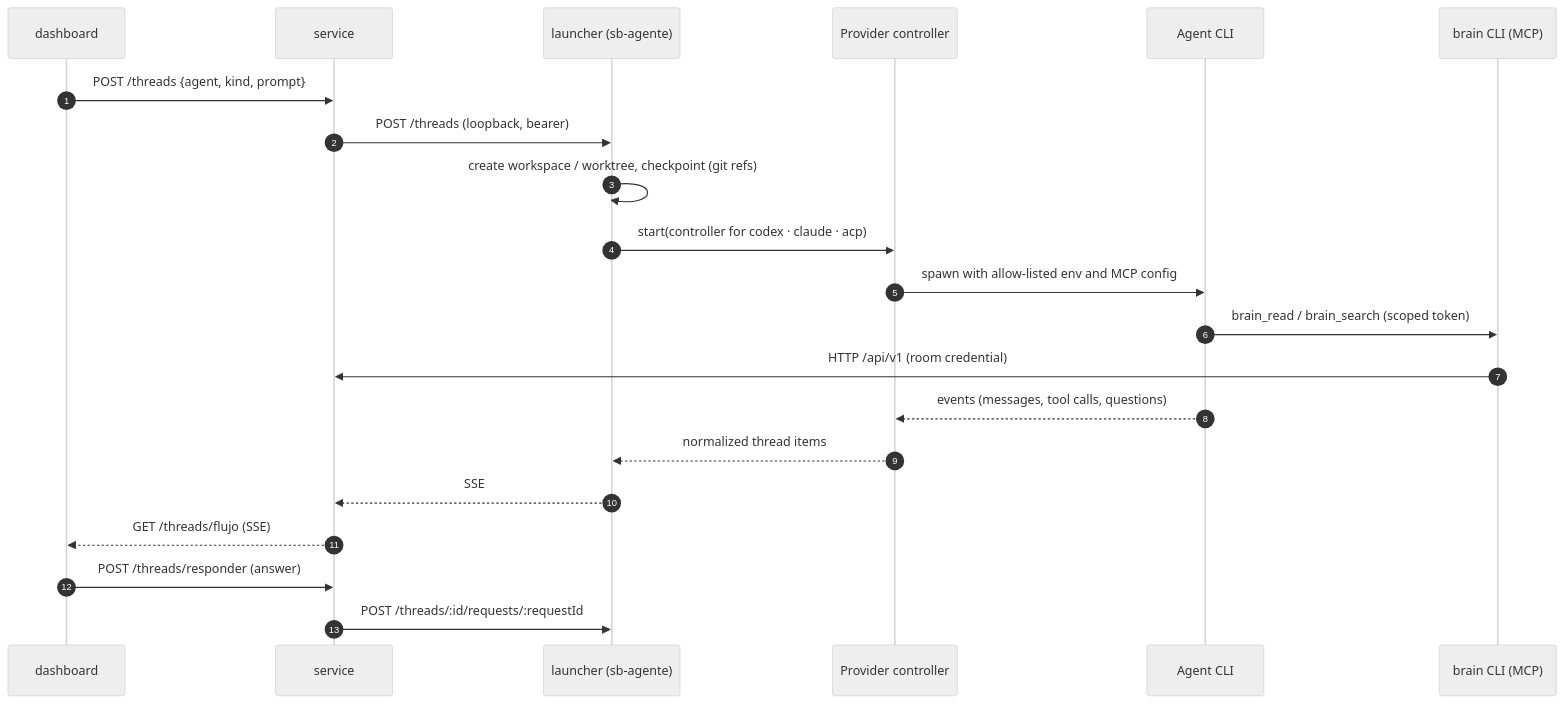
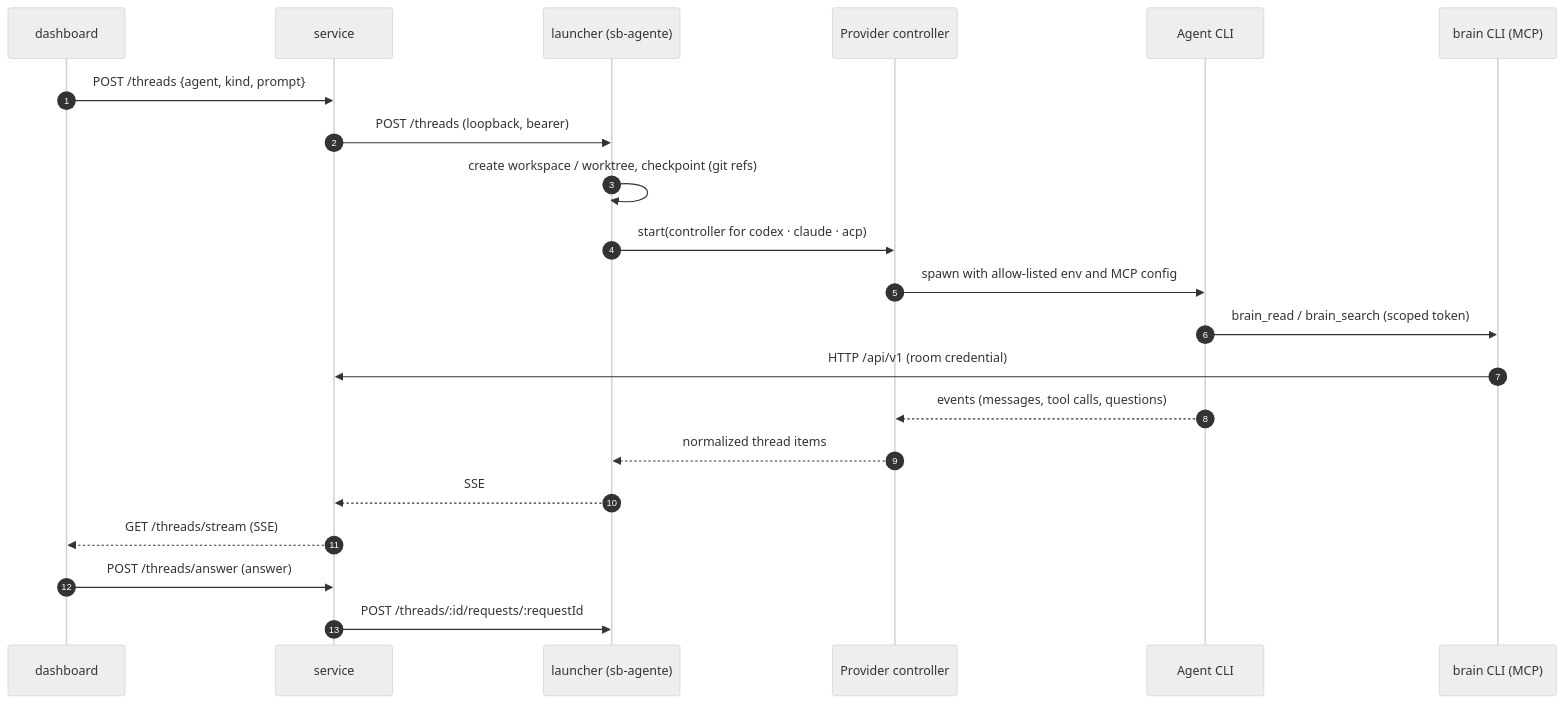
The second of 3 diagrams in docs/architecture/sequences.md (paul-jar4millo/SecondBrain), drawn with Mermaid (neutral theme) before and after one commit. The commit also changed other lines of this file and 124 other files, not shown here.

````diff
--- a/docs/architecture/sequences.md
+++ b/docs/architecture/sequences.md
@@ -41,24 +41,24 @@
 ```mermaid
 sequenceDiagram
   autonumber
   participant D as dashboard
   participant S as service
   participant L as launcher (sb-agente)
   participant P as Provider controller
   participant CLI as Agent CLI
   participant M as brain CLI (MCP)
 
   D->>S: POST /threads {agent, kind, prompt}
   S->>L: POST /threads (loopback, bearer)
   L->>L: create workspace / worktree, checkpoint (git refs)
   L->>P: start(controller for codex · claude · acp)
   P->>CLI: spawn with allow-listed env and MCP config
   CLI->>M: brain_read / brain_search (scoped token)
   M->>S: HTTP /api/v1 (room credential)
   CLI-->>P: events (messages, tool calls, questions)
   P-->>L: normalized thread items
   L-->>S: SSE
-  S-->>D: GET /threads/flujo (SSE)
-  D->>S: POST /threads/responder (answer)
+  S-->>D: GET /threads/stream (SSE)
+  D->>S: POST /threads/answer (answer)
   S->>L: POST /threads/:id/requests/:requestId
 ```
````
